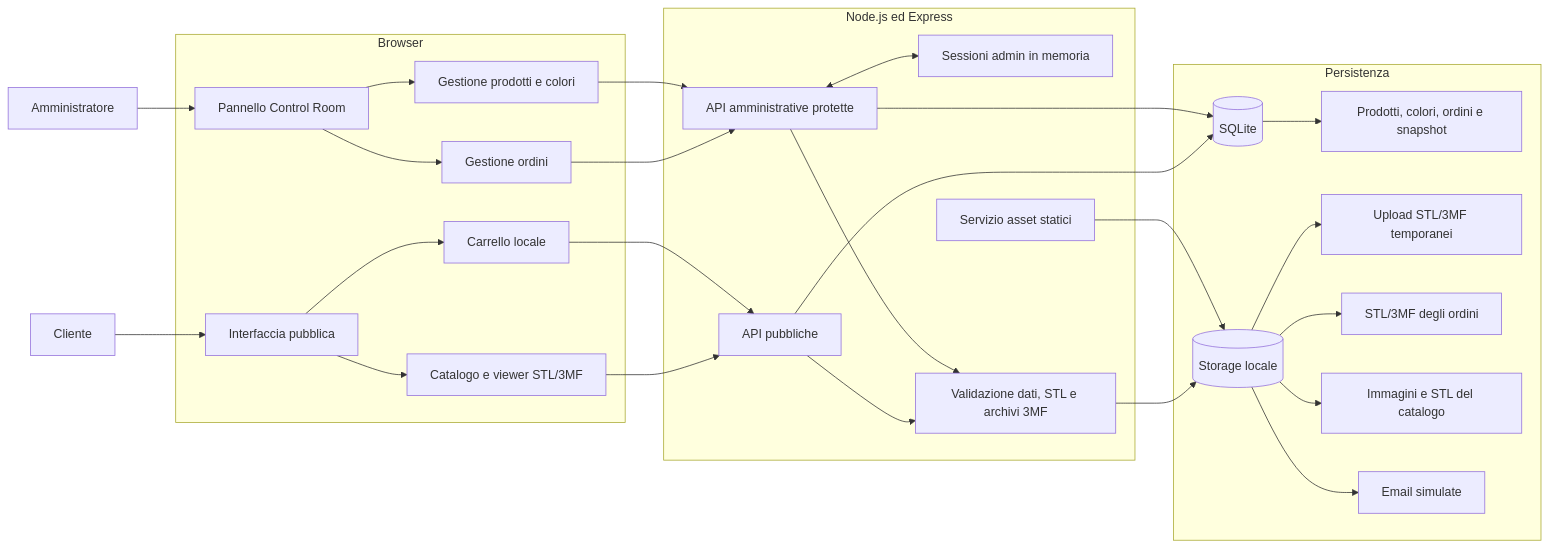
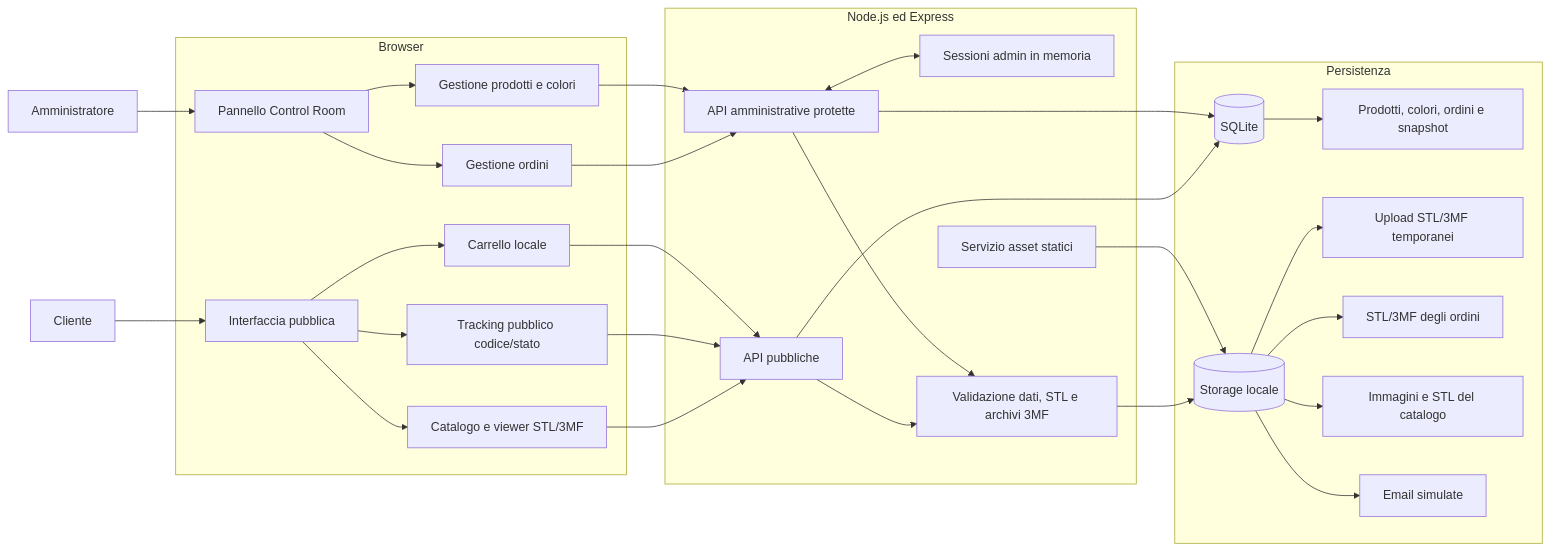
The first of 4 diagrams in docs/ARCHITETTURA.md (Moffoletta/pixel-print-lab), drawn with Mermaid before and after one commit. The commit also changed other lines of this file and 15 other files, not shown here.

````diff
--- a/docs/ARCHITETTURA.md
+++ b/docs/ARCHITETTURA.md
@@ -15,46 +15,48 @@
 ```mermaid
 flowchart LR
   Cliente[Cliente]
   Admin[Amministratore]
 
   subgraph Browser
     Pubblica[Interfaccia pubblica]
     Pannello[Pannello Control Room]
     Pubblica --> CatalogoUI[Catalogo e viewer STL/3MF]
+    Pubblica --> TrackingUI[Tracking pubblico codice/stato]
     Pubblica --> Carrello[Carrello locale]
     Pannello --> OrdiniUI[Gestione ordini]
     Pannello --> CatalogoAdmin[Gestione prodotti e colori]
   end
 
   subgraph Server[Node.js ed Express]
     API[API pubbliche]
     APIAdmin[API amministrative protette]
     Sessioni[Sessioni admin in memoria]
     Validazione[Validazione dati, STL e archivi 3MF]
     Asset[Servizio asset statici]
     APIAdmin <--> Sessioni
     API --> Validazione
     APIAdmin --> Validazione
   end
 
   subgraph Persistenza
     DB[(SQLite)]
     Storage[(Storage locale)]
     DB --> Tabelle[Prodotti, colori, ordini e snapshot]
     Storage --> Upload[Upload STL/3MF temporanei]
     Storage --> FileOrdini[STL/3MF degli ordini]
     Storage --> FileCatalogo[Immagini e STL del catalogo]
     Storage --> Email[Email simulate]
   end
 
   Cliente --> Pubblica
   Admin --> Pannello
   CatalogoUI --> API
+  TrackingUI --> API
   Carrello --> API
   OrdiniUI --> APIAdmin
   CatalogoAdmin --> APIAdmin
   API --> DB
   APIAdmin --> DB
   Validazione --> Storage
   Asset --> Storage
 ```
````
